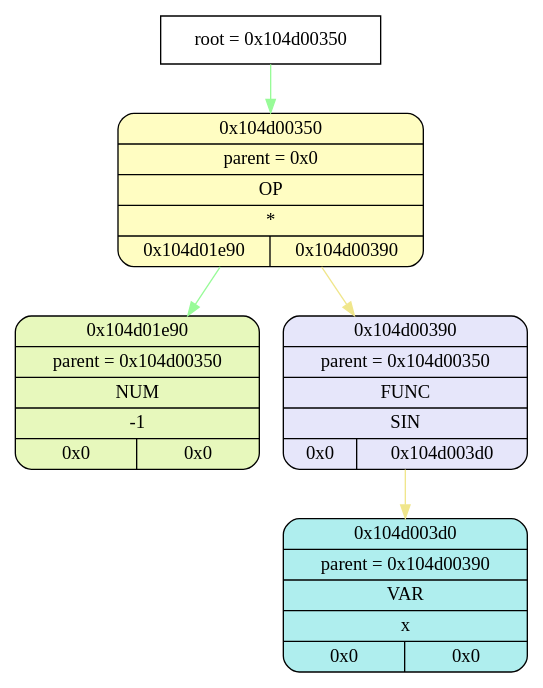
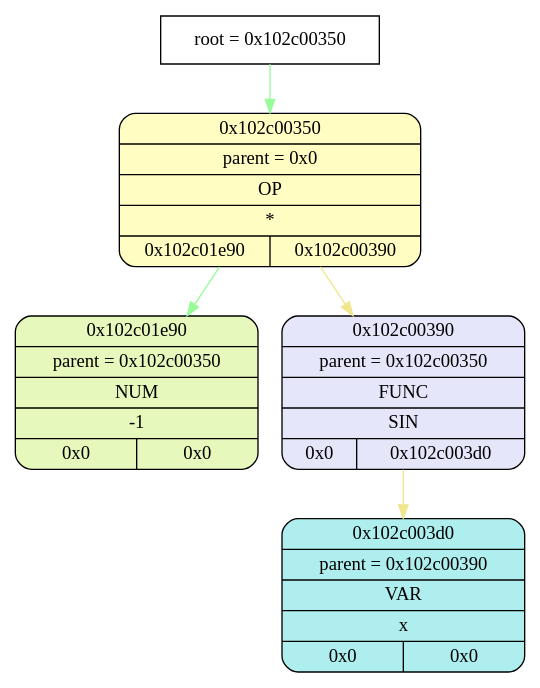
One commit to esgalimov/differentiator changed the diagram in tmp/graphviz.dot. Above: the diagram before and after it, drawn with Graphviz. The commit also changed 12 other files, not shown here.

```diff
--- a/tmp/graphviz.dot
+++ b/tmp/graphviz.dot
@@ -1,17 +1,17 @@
 digraph
 {
-    node_info[shape = record, label = "{root = 0x104d00350}"];
+    node_info[shape = record, label = "{root = 0x102c00350}"];
 
-    node_info->node_0x104d00350 [color = "#98FB98"];
-    node_0x104d00350[shape = Mrecord, label = "{{0x104d00350} | {parent =  0x0} | {OP} | {*} | {0x104d01e90 | 0x104d00390}}",
+    node_info->node_0x102c00350 [color = "#98FB98"];
+    node_0x102c00350[shape = Mrecord, label = "{{0x102c00350} | {parent =  0x0} | {OP} | {*} | {0x102c01e90 | 0x102c00390}}",
                 style="filled", fillcolor="#FFFDC2"];
-    node_0x104d01e90[shape = Mrecord, label = "{{0x104d01e90} | {parent =  0x104d00350} | {NUM} | {-1} | {0x0 | 0x0}}",
+    node_0x102c01e90[shape = Mrecord, label = "{{0x102c01e90} | {parent =  0x102c00350} | {NUM} | {-1} | {0x0 | 0x0}}",
                 style="filled", fillcolor="#E7F8BC"];
-    node_0x104d00390[shape = Mrecord, label = "{{0x104d00390} | {parent =  0x104d00350} | {FUNC} | {SIN} | {0x0 | 0x104d003d0}}",
+    node_0x102c00390[shape = Mrecord, label = "{{0x102c00390} | {parent =  0x102c00350} | {FUNC} | {SIN} | {0x0 | 0x102c003d0}}",
                 style="filled", fillcolor="#E6E6FA"];
-    node_0x104d003d0[shape = Mrecord, label = "{{0x104d003d0} | {parent =  0x104d00390} | {VAR} | {x} | {0x0 | 0x0}}",
+    node_0x102c003d0[shape = Mrecord, label = "{{0x102c003d0} | {parent =  0x102c00390} | {VAR} | {x} | {0x0 | 0x0}}",
                 style="filled", fillcolor="#AFEEEE"];
-    node_0x104d00350->node_0x104d01e90 [color = "#98FB98"];
-    node_0x104d00350->node_0x104d00390 [color = "#F0E68C"];
-    node_0x104d00390->node_0x104d003d0 [color = "#F0E68C"];
+    node_0x102c00350->node_0x102c01e90 [color = "#98FB98"];
+    node_0x102c00350->node_0x102c00390 [color = "#F0E68C"];
+    node_0x102c00390->node_0x102c003d0 [color = "#F0E68C"];
 }
```
